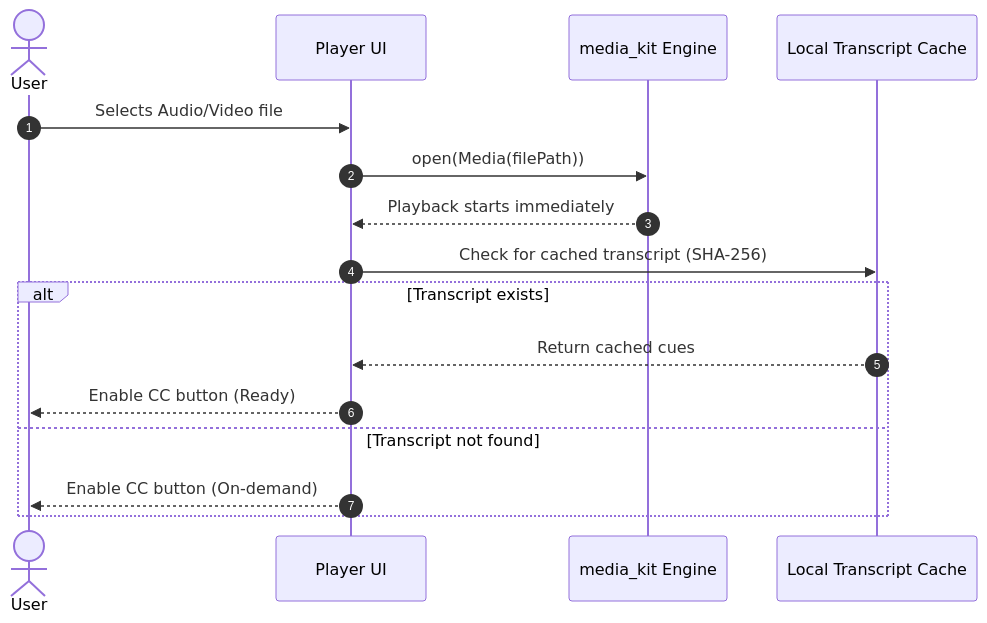
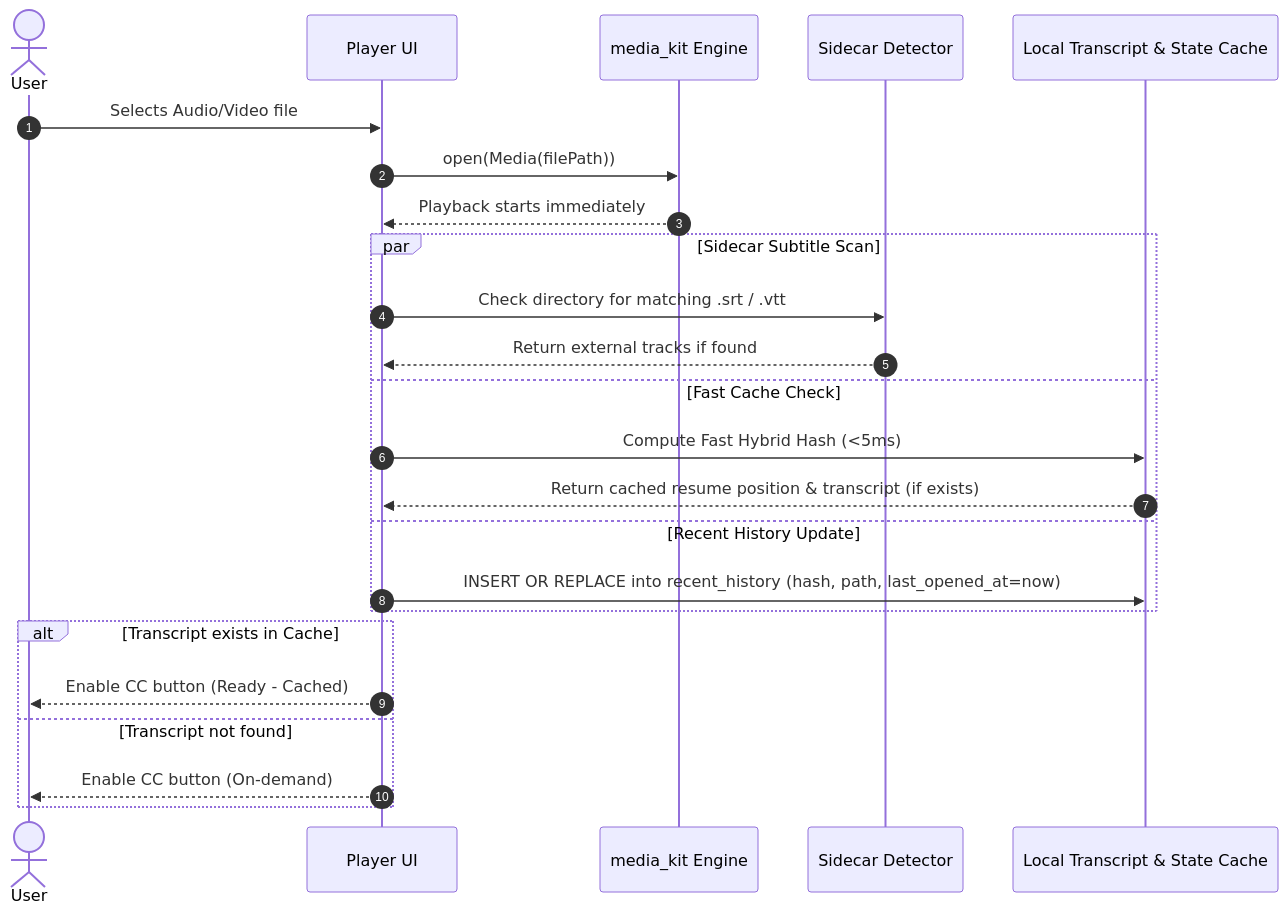
One commit to MichaelHGitHub/EasyPlayer changed the second of 3 diagrams in docs/Architecture_and_Plan.md. Above: the diagram before and after it, drawn with Mermaid. The commit also changed other lines of this file and 85 other files, not shown here.

````diff
--- a/docs/Architecture_and_Plan.md
+++ b/docs/Architecture_and_Plan.md
@@ -74,19 +211,27 @@
 ```mermaid
 sequenceDiagram
     autonumber
     actor User
     participant UI as Player UI
     participant Player as media_kit Engine
-    participant Cache as Local Transcript Cache
+    participant Sidecar as Sidecar Detector
+    participant Cache as Local Transcript & State Cache
 
     User->>UI: Selects Audio/Video file
     UI->>Player: open(Media(filePath))
     Player-->>UI: Playback starts immediately
-    UI->>Cache: Check for cached transcript (SHA-256)
-    alt Transcript exists
-        Cache-->>UI: Return cached cues
-        UI-->>User: Enable CC button (Ready)
+    par Sidecar Subtitle Scan
+        UI->>Sidecar: Check directory for matching .srt / .vtt
+        Sidecar-->>UI: Return external tracks if found
+    and Fast Cache Check
+        UI->>Cache: Compute Fast Hybrid Hash (<5ms)
+        Cache-->>UI: Return cached resume position & transcript (if exists)
+    and Recent History Update
+        UI->>Cache: INSERT OR REPLACE into recent_history (hash, path, last_opened_at=now)
+    end
+    alt Transcript exists in Cache
+        UI-->>User: Enable CC button (Ready - Cached)
     else Transcript not found
         UI-->>User: Enable CC button (On-demand)
     end
 ```
````
